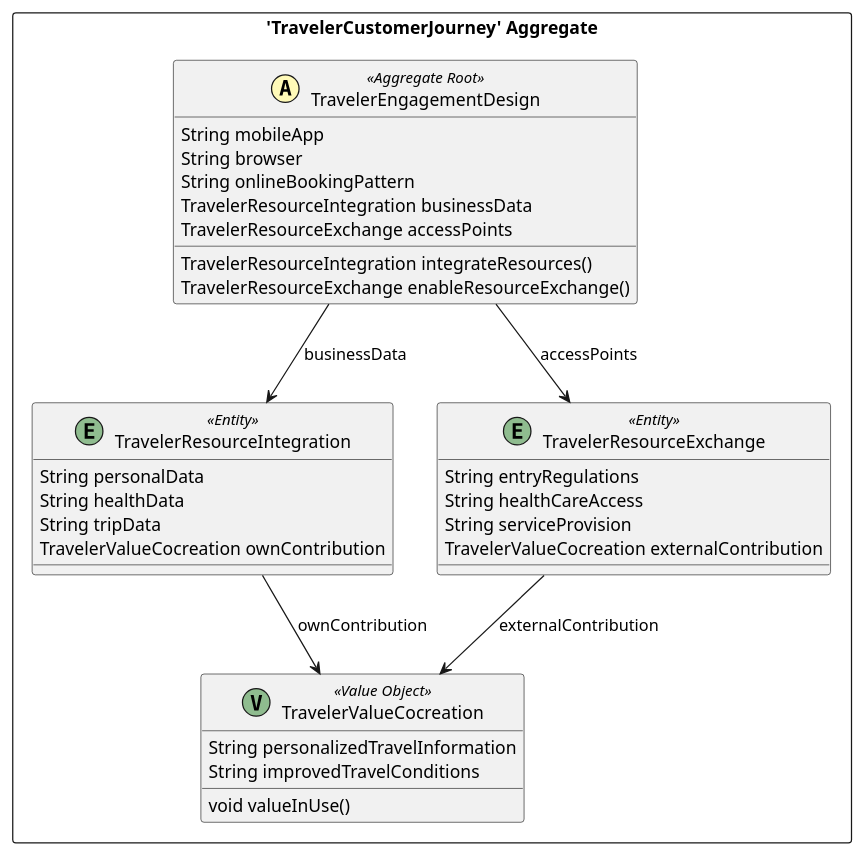
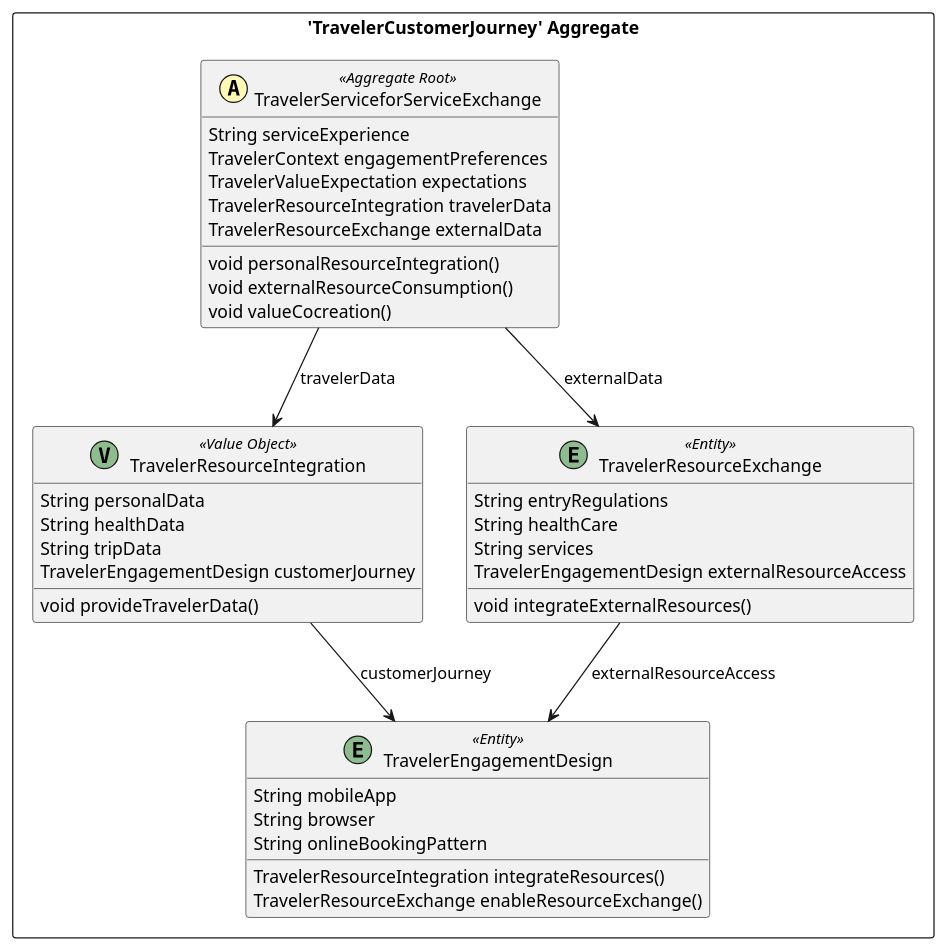
Before and after one commit to NormanBaechtold/ServiceSystem: the diagram in src-gen/serviceSystem_BC_Traveler_TravelerCustomerJourney.puml, drawn with PlantUML. The commit also changed 57 other files, not shown here.

```diff
--- a/src-gen/serviceSystem_BC_Traveler_TravelerCustomerJourney.puml
+++ b/src-gen/serviceSystem_BC_Traveler_TravelerCustomerJourney.puml
@@ -1,39 +1,44 @@
 @startuml
 
 skinparam componentStyle uml2
 
 package "'TravelerCustomerJourney' Aggregate" <<Rectangle>> {
-	class TravelerEngagementDesign <<(A,#fffab8) Aggregate Root>> {
+	class TravelerServiceforServiceExchange <<(A,#fffab8) Aggregate Root>> {
+		String serviceExperience
+		TravelerContext engagementPreferences
+		TravelerValueExpectation expectations
+		TravelerResourceIntegration travelerData
+		TravelerResourceExchange externalData
+		void personalResourceIntegration()
+		void externalResourceConsumption()
+		void valueCocreation()
+	}
+	class TravelerResourceIntegration <<(V,DarkSeaGreen) Value Object>> {
+		String personalData
+		String healthData
+		String tripData
+		TravelerEngagementDesign customerJourney
+		void provideTravelerData()
+	}
+	class TravelerEngagementDesign <<(E,DarkSeaGreen) Entity>> {
 		String mobileApp
 		String browser
 		String onlineBookingPattern
-		TravelerResourceIntegration businessData
-		TravelerResourceExchange accessPoints
 		TravelerResourceIntegration integrateResources()
 		TravelerResourceExchange enableResourceExchange()
 	}
-	class TravelerResourceIntegration <<(E,DarkSeaGreen) Entity>> {
-		String personalData
-		String healthData
-		String tripData
-		TravelerValueCocreation ownContribution
-	}
 	class TravelerResourceExchange <<(E,DarkSeaGreen) Entity>> {
 		String entryRegulations
-		String healthCareAccess
-		String serviceProvision
-		TravelerValueCocreation externalContribution
-	}
-	class TravelerValueCocreation <<(V,DarkSeaGreen) Value Object>> {
-		String personalizedTravelInformation
-		String improvedTravelConditions
-		void valueInUse()
+		String healthCare
+		String services
+		TravelerEngagementDesign externalResourceAccess
+		void integrateExternalResources()
 	}
 }
-TravelerEngagementDesign --> TravelerResourceIntegration : businessData
-TravelerEngagementDesign --> TravelerResourceExchange : accessPoints
-TravelerResourceIntegration --> TravelerValueCocreation : ownContribution
-TravelerResourceExchange --> TravelerValueCocreation : externalContribution
+TravelerServiceforServiceExchange --> TravelerResourceIntegration : travelerData
+TravelerServiceforServiceExchange --> TravelerResourceExchange : externalData
+TravelerResourceIntegration --> TravelerEngagementDesign : customerJourney
+TravelerResourceExchange --> TravelerEngagementDesign : externalResourceAccess
 
 
 @enduml
```
